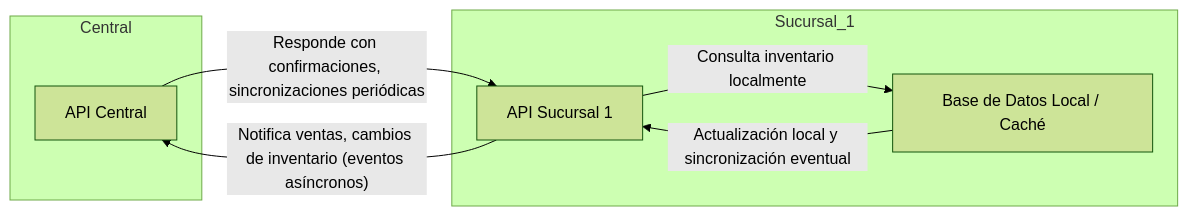
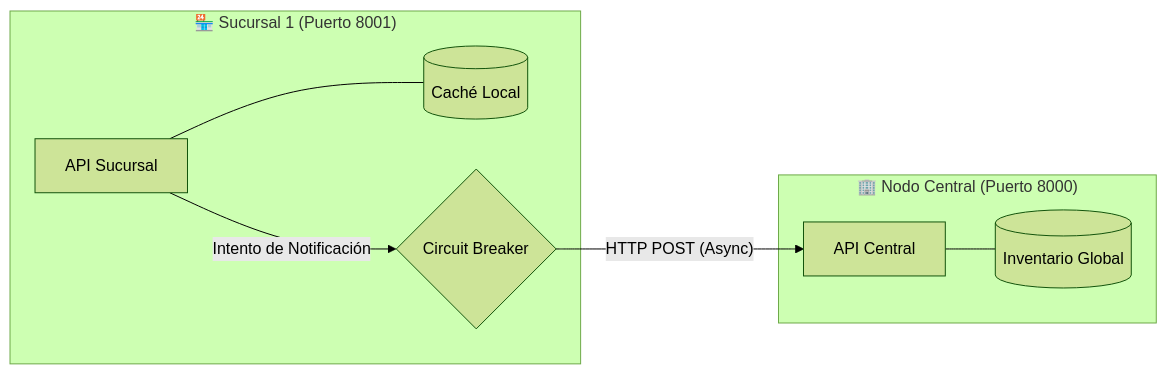
Before and after one commit to Chriis1404/DECISIONS.md: the diagram in Taller3_Arquitectura Distribuida/README.md, drawn with Mermaid (forest theme). The commit also changed other lines of this file, not shown here.

````diff
--- a/Taller3_Arquitectura Distribuida/README.md
+++ b/Taller3_Arquitectura Distribuida/README.md
@@ -33,15 +47,19 @@
-```mermaid
+``` mermaid
 flowchart LR
-    subgraph Central
+    subgraph Central_Node ["🏢 Nodo Central (Puerto 8000)"]
         A[API Central]
-    end
-    subgraph Sucursal_1
-        B[API Sucursal 1]
-        C[Base de Datos Local / Caché]
+        DB[(Inventario Global)]
+        A --- DB
     end
 
-    B -- Notifica ventas, cambios de inventario (eventos asíncronos) --> A
-    A -- Responde con confirmaciones, sincronizaciones periódicas --> B
-    B -- Consulta inventario localmente --> C
-    C -- Actualización local y sincronización eventual --> B
+    subgraph Branch_Node ["🏪 Sucursal 1 (Puerto 8001)"]
+        B[API Sucursal]
+        C[(Caché Local)]
+        CB{Circuit Breaker}
+
+        B --- C
+        B -- Intento de Notificación --> CB
+    end
+
+    CB -- "HTTP POST (Async)" --> A
 ```
````
